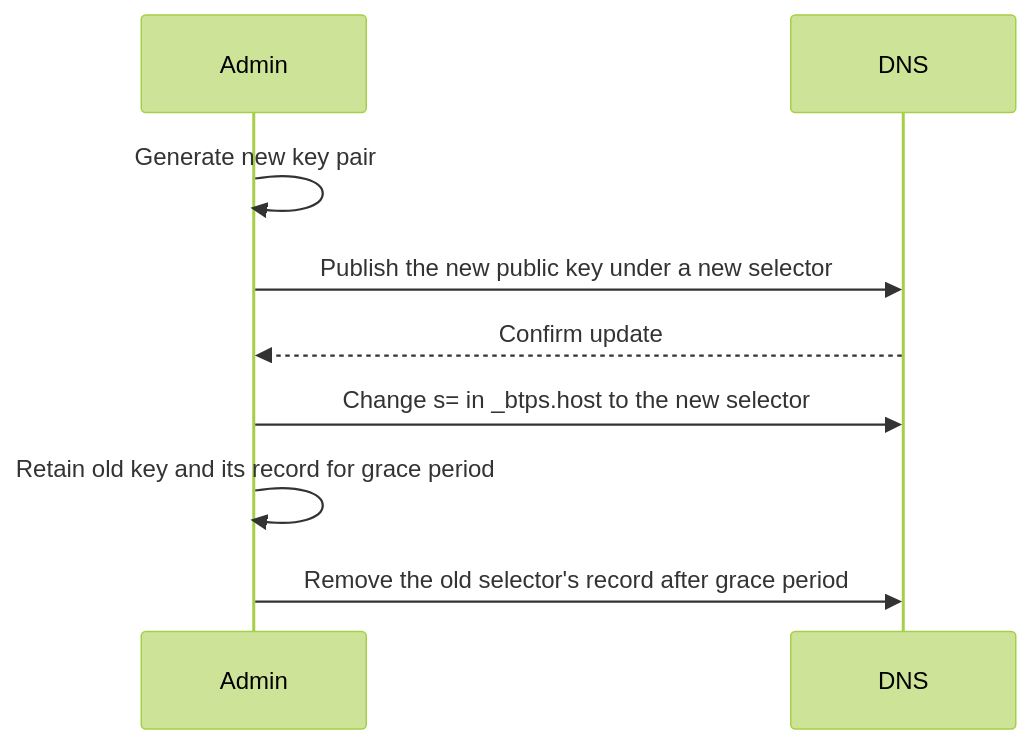
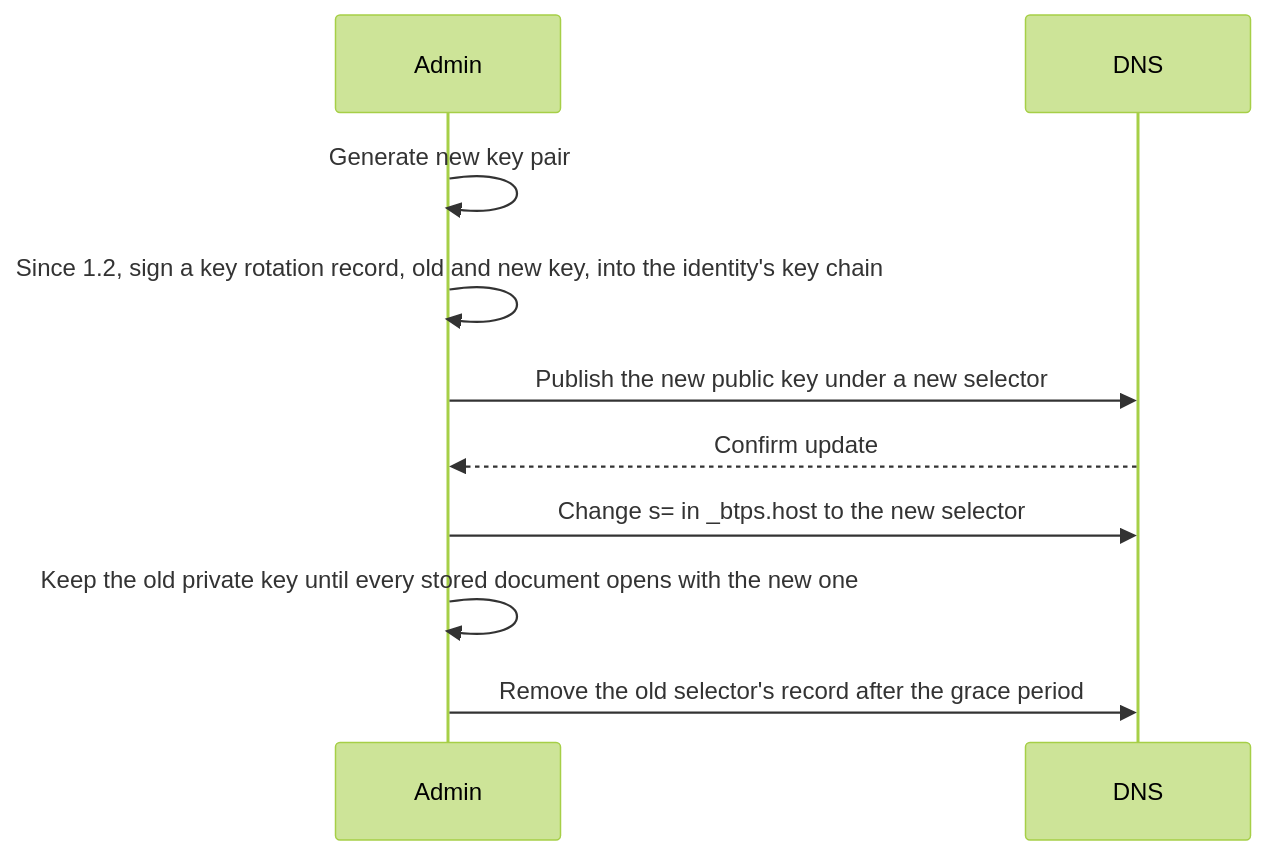
One commit to openbtps/btps-node changed the diagram in docs/docusaurus/docs/protocol/security/keyManagement.md. Above: the diagram before and after it, drawn with Mermaid (forest theme). The commit also changed other lines of this file and 22 other files, not shown here.

````diff
--- a/docs/docusaurus/docs/protocol/security/keyManagement.md
+++ b/docs/docusaurus/docs/protocol/security/keyManagement.md
@@ -13,11 +13,12 @@
 ```mermaid
 sequenceDiagram
     participant Admin
     participant DNS
     Admin->>Admin: Generate new key pair
+    Admin->>Admin: Since 1.2, sign a key rotation record, old and new key, into the identity's key chain
     Admin->>DNS: Publish the new public key under a new selector
     DNS-->>Admin: Confirm update
     Admin->>DNS: Change s= in _btps.host to the new selector
-    Admin->>Admin: Retain old key and its record for grace period
-    Admin->>DNS: Remove the old selector's record after grace period
-``` 
+    Admin->>Admin: Keep the old private key until every stored document opens with the new one
+    Admin->>DNS: Remove the old selector's record after the grace period
+```
````
